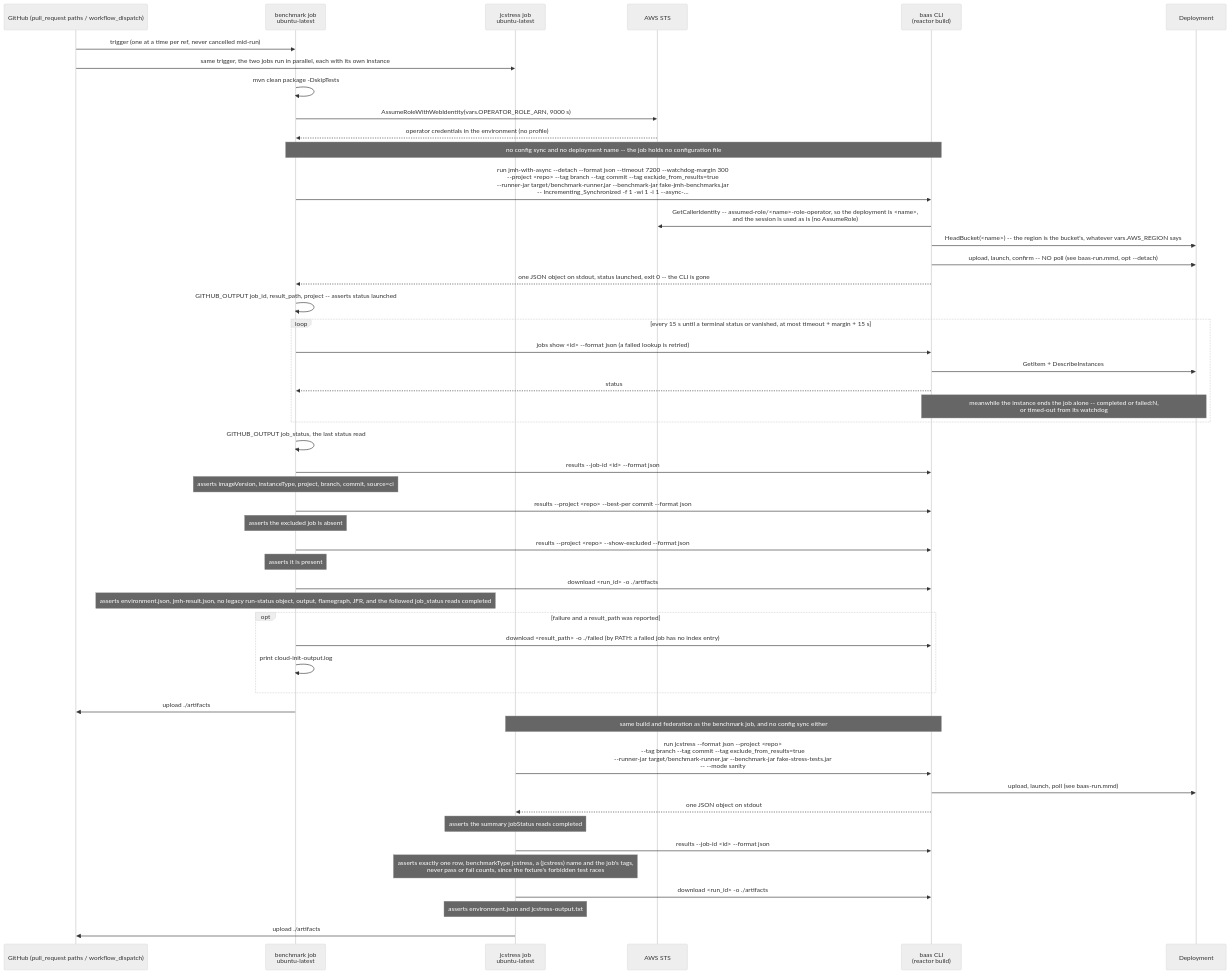
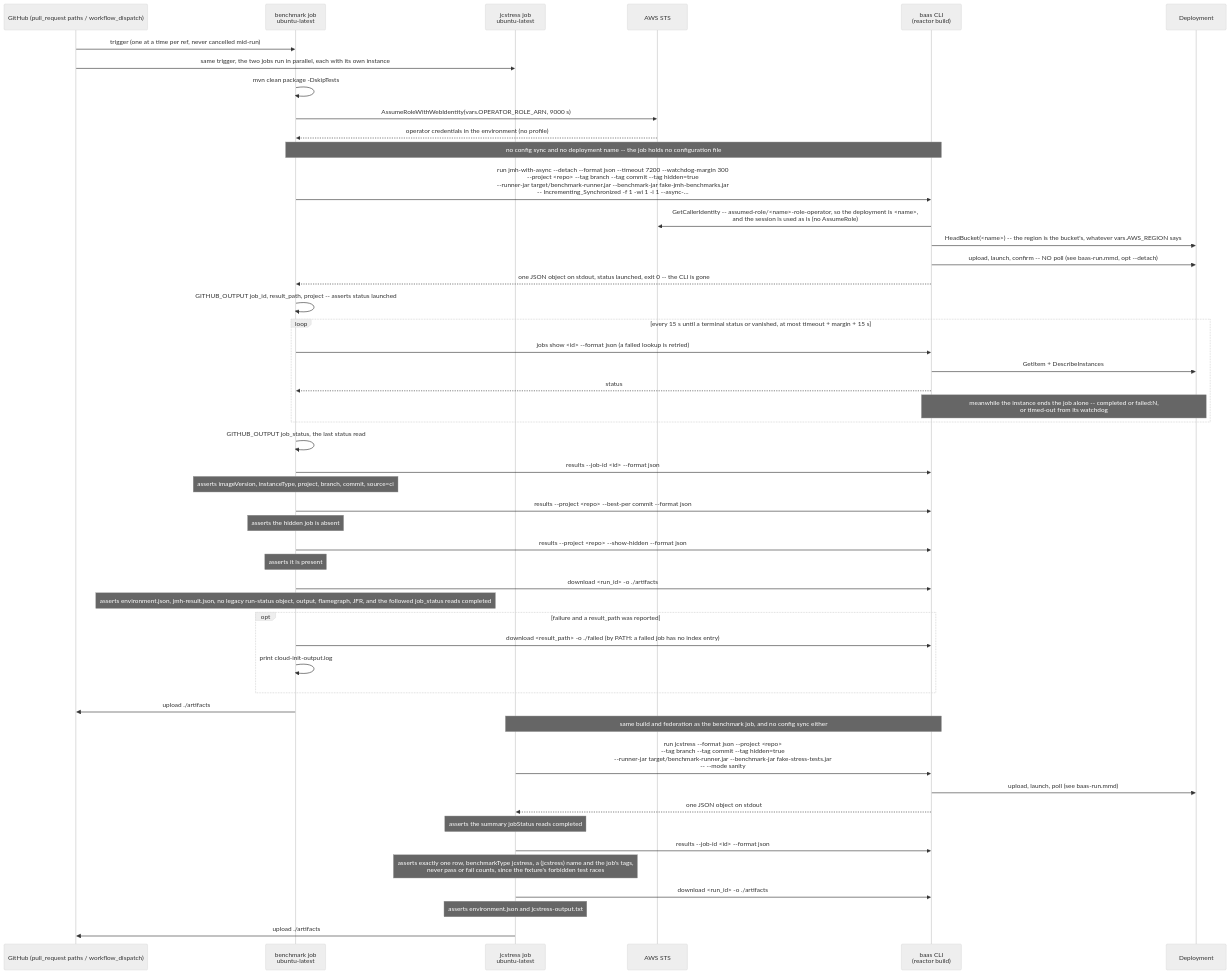
The diagram in docs/diagrams/baas-ci-e2e.mmd (wsztajerowski/benchmark-as-a-service), drawn with Mermaid (neutral theme) before and after one commit. The commit also changed 34 other files, not shown here.

First line of the commit message:
feat(cli): make jobs show readable and record environment schema 7

```diff
--- a/docs/diagrams/baas-ci-e2e.mmd
+++ b/docs/diagrams/baas-ci-e2e.mmd
@@ -1,50 +1,50 @@
 sequenceDiagram
     participant GH as GitHub (pull_request paths / workflow_dispatch)
     participant Job as benchmark job<br/>ubuntu-latest
     participant JC as jcstress job<br/>ubuntu-latest
     participant STS as AWS STS
     participant CLI as baas CLI<br/>(reactor build)
     participant AWS as Deployment
 
     GH->>Job: trigger (one at a time per ref, never cancelled mid-run)
     GH->>JC: same trigger, the two jobs run in parallel, each with its own instance
     Job->>Job: mvn clean package -DskipTests
     Job->>STS: AssumeRoleWithWebIdentity(vars.OPERATOR_ROLE_ARN, 9000 s)
     STS-->>Job: operator credentials in the environment (no profile)
     Note over Job,CLI: no config sync and no deployment name -- the job holds no configuration file
-    Job->>CLI: run jmh-with-async --detach --format json --timeout 7200 --watchdog-margin 300<br/>--project <repo> --tag branch --tag commit --tag exclude_from_results=true<br/>--runner-jar target/benchmark-runner.jar --benchmark-jar fake-jmh-benchmarks.jar<br/>-- Incrementing_Synchronized -f 1 -wi 1 -i 1 --async-…
+    Job->>CLI: run jmh-with-async --detach --format json --timeout 7200 --watchdog-margin 300<br/>--project <repo> --tag branch --tag commit --tag hidden=true<br/>--runner-jar target/benchmark-runner.jar --benchmark-jar fake-jmh-benchmarks.jar<br/>-- Incrementing_Synchronized -f 1 -wi 1 -i 1 --async-…
     CLI->>STS: GetCallerIdentity -- assumed-role/<name>-role-operator, so the deployment is <name>,<br/>and the session is used as is (no AssumeRole)
     CLI->>AWS: HeadBucket(<name>) -- the region is the bucket's, whatever vars.AWS_REGION says
     CLI->>AWS: upload, launch, confirm -- NO poll (see baas-run.mmd, opt --detach)
     CLI-->>Job: one JSON object on stdout, status launched, exit 0 -- the CLI is gone
     Job->>Job: GITHUB_OUTPUT job_id, result_path, project -- asserts status launched
     loop every 15 s until a terminal status or vanished, at most timeout + margin + 15 s
         Job->>CLI: jobs show <id> --format json (a failed lookup is retried)
         CLI->>AWS: GetItem + DescribeInstances
         CLI-->>Job: status
         Note over CLI,AWS: meanwhile the instance ends the job alone -- completed or failed:N,<br/>or timed-out from its watchdog
     end
     Job->>Job: GITHUB_OUTPUT job_status, the last status read
     Job->>CLI: results --job-id <id> --format json
     Note over Job: asserts imageVersion, instanceType, project, branch, commit, source=ci
     Job->>CLI: results --project <repo> --best-per commit --format json
-    Note over Job: asserts the excluded job is absent
-    Job->>CLI: results --project <repo> --show-excluded --format json
+    Note over Job: asserts the hidden job is absent
+    Job->>CLI: results --project <repo> --show-hidden --format json
     Note over Job: asserts it is present
     Job->>CLI: download <run_id> -o ./artifacts
     Note over Job: asserts environment.json, jmh-result.json, no legacy run-status object, output, flamegraph, JFR, and the followed job_status reads completed
     opt failure and a result_path was reported
         Job->>CLI: download <result_path> -o ./failed (by PATH: a failed job has no index entry)
         Job->>Job: print cloud-init-output.log
     end
     Job->>GH: upload ./artifacts
     Note over JC,CLI: same build and federation as the benchmark job, and no config sync either
-    JC->>CLI: run jcstress --format json --project <repo><br/>--tag branch --tag commit --tag exclude_from_results=true<br/>--runner-jar target/benchmark-runner.jar --benchmark-jar fake-stress-tests.jar<br/>-- --mode sanity
+    JC->>CLI: run jcstress --format json --project <repo><br/>--tag branch --tag commit --tag hidden=true<br/>--runner-jar target/benchmark-runner.jar --benchmark-jar fake-stress-tests.jar<br/>-- --mode sanity
     CLI->>AWS: upload, launch, poll (see baas-run.mmd)
     CLI-->>JC: one JSON object on stdout
     Note over JC: asserts the summary jobStatus reads completed
     JC->>CLI: results --job-id <id> --format json
     Note over JC: asserts exactly one row, benchmarkType jcstress, a (jcstress) name and the job's tags,<br/>never pass or fail counts, since the fixture's forbidden test races
     JC->>CLI: download <run_id> -o ./artifacts
     Note over JC: asserts environment.json and jcstress-output.txt
     JC->>GH: upload ./artifacts
```
